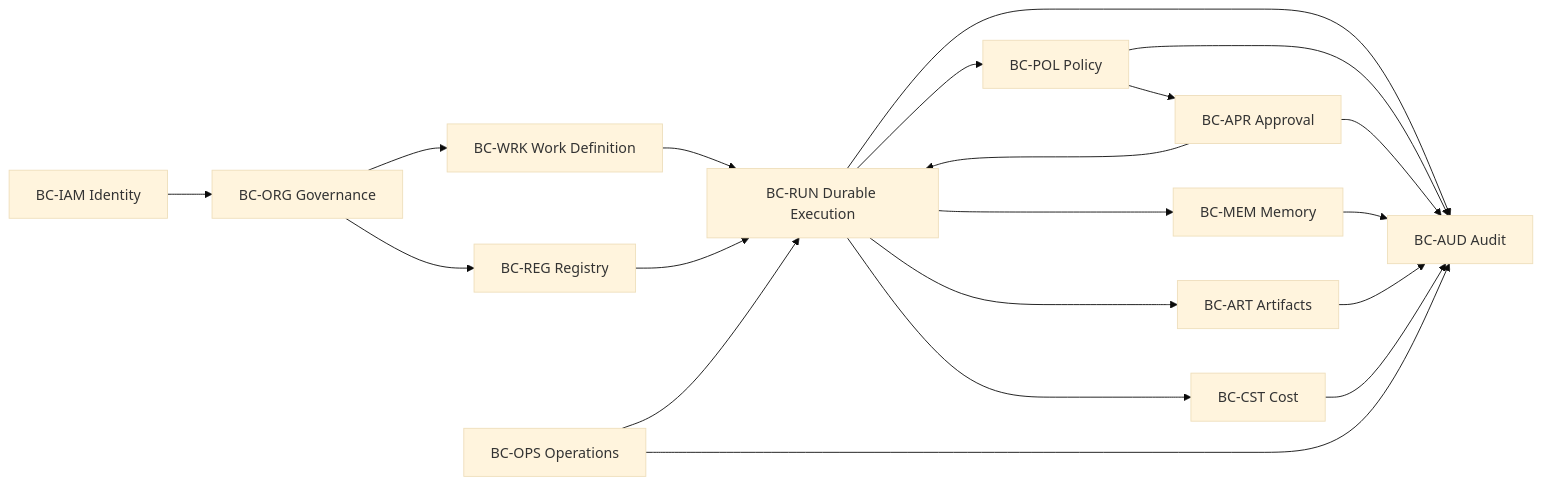
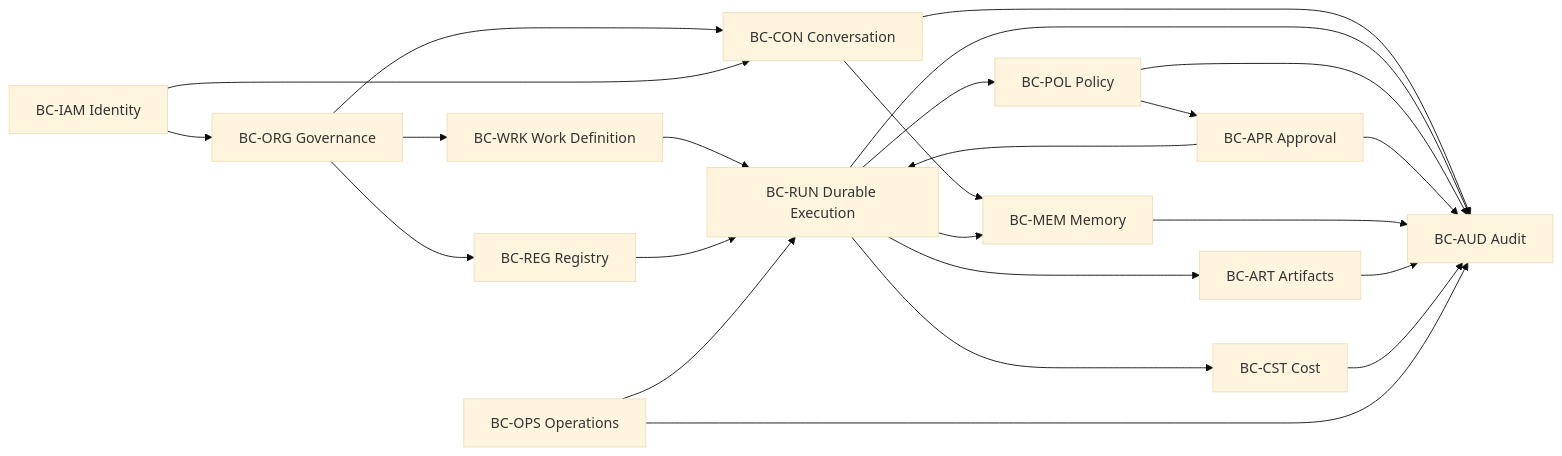
The first of 2 diagrams in docs/03-architecture/DDD-001-domain-model-v0.1.0.md (raillersing/agent-os), drawn with Mermaid (base theme) before and after one commit. The commit also changed other lines of this file and 19 other files, not shown here.

Commit message:
Normalize architecture documentation

````diff
--- a/docs/03-architecture/DDD-001-domain-model-v0.1.0.md
+++ b/docs/03-architecture/DDD-001-domain-model-v0.1.0.md
@@ -148,35 +149,40 @@
 ```mermaid
 flowchart LR
     ORG[BC-ORG Governance]
+    CON[BC-CON Conversation]
     IAM[BC-IAM Identity]
     REG[BC-REG Registry]
     WRK[BC-WRK Work Definition]
     RUN[BC-RUN Durable Execution]
     POL[BC-POL Policy]
     APR[BC-APR Approval]
     MEM[BC-MEM Memory]
     ART[BC-ART Artifacts]
     AUD[BC-AUD Audit]
     CST[BC-CST Cost]
     OPS[BC-OPS Operations]
 
     IAM --> ORG
+    ORG --> CON
+    IAM --> CON
+    CON --> MEM
+    CON --> AUD
     ORG --> WRK
     ORG --> REG
     WRK --> RUN
     REG --> RUN
     RUN --> POL
     POL --> APR
     APR --> RUN
     RUN --> MEM
     RUN --> ART
     RUN --> AUD
     RUN --> CST
     POL --> AUD
     APR --> AUD
     MEM --> AUD
     ART --> AUD
     CST --> AUD
     OPS --> AUD
     OPS --> RUN
 ```
````
